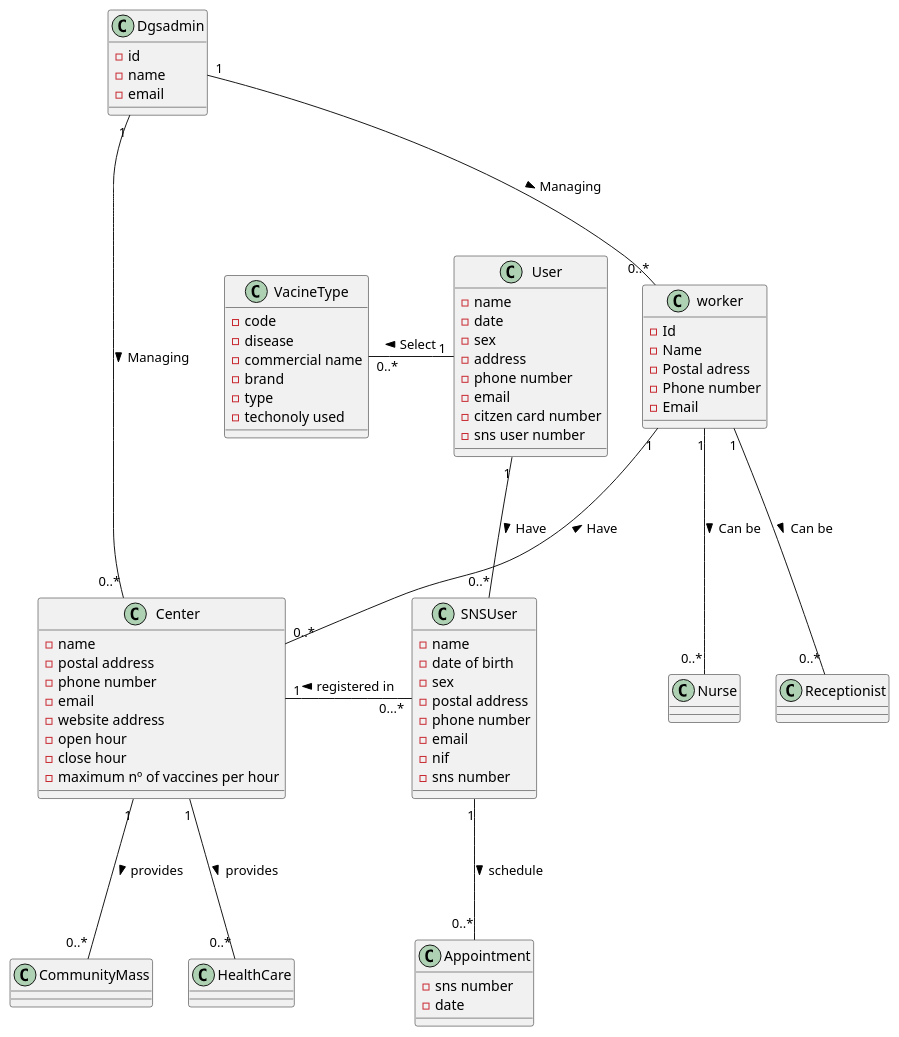
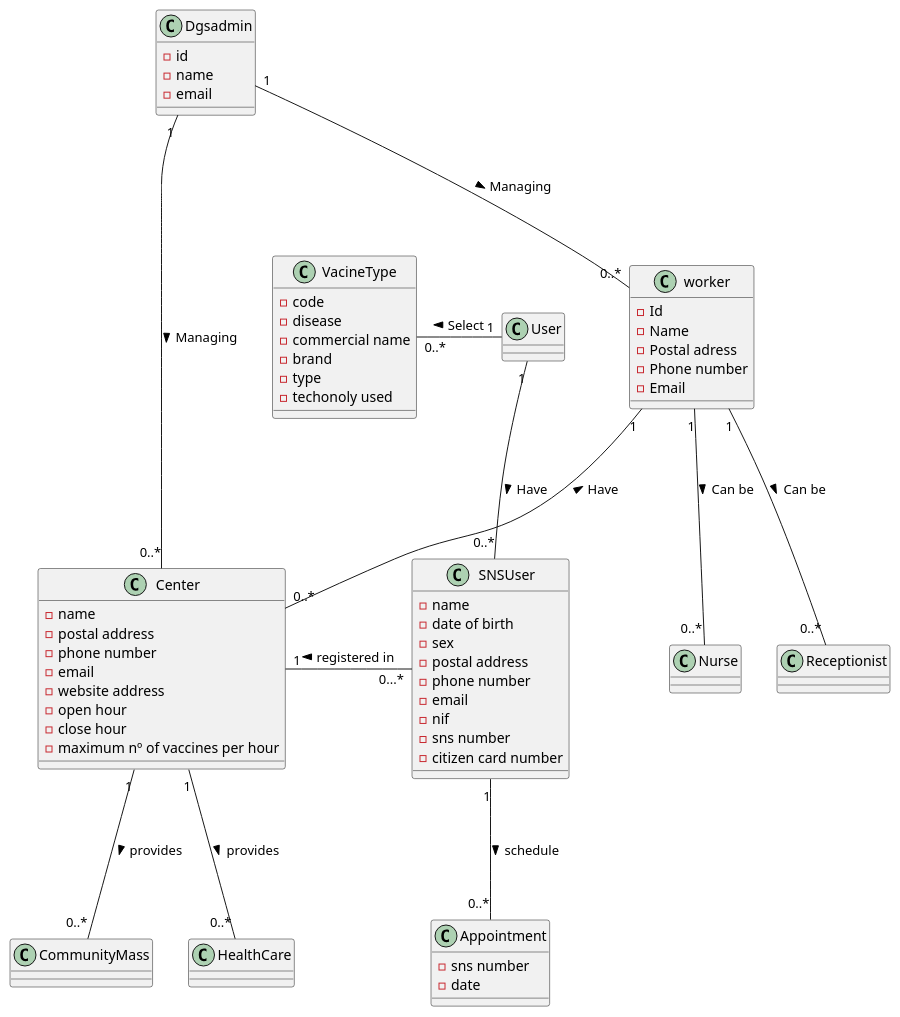
Before and after one commit to goncalomaia18/leti-esoft-25-26-C3: the diagram in docs/system-documentation/global-artifacts/Modelo Dominio.puml, drawn with PlantUML.

```diff
--- a/docs/system-documentation/global-artifacts/Modelo Dominio.puml
+++ b/docs/system-documentation/global-artifacts/Modelo Dominio.puml
@@ -1,85 +1,76 @@
 @startuml
 
 class worker{
 -Id
 -Name
 -Postal adress
 -Phone number
 -Email
 }
 
 class Nurse{
 }
 
 class Receptionist{
 }
 
-class User{
--name
--date
--sex
--address
--phone number
--email
--citzen card number
--sns user number
-}
 class Appointment{
 -sns number
 -date
 }
 
 class Dgsadmin{
 -id
 -name
 -email
 
 }
 class Center {
 -name
 -postal address
 -phone number
 -email
 -website address
 -open hour
 -close hour
 -maximum nº of vaccines per hour
 }
 
 class CommunityMass{
 
 }
 
 class VacineType{
 -code
 -disease
 -commercial name
 -brand
 -type
 -techonoly used
 }
 
 class SNSUser{
 -name
 -date of birth
 -sex
 -postal address
 -phone number
 -email
 -nif
 -sns number
+-citizen card number
 }
 SNSUser"0...*" -left-- "1" Center:  registered in >
 Center "1" --- "0..*" HealthCare:  provides >
 Center "1" --- "0..*" CommunityMass:  provides >
 worker "1" --- "0..*" Nurse: Can be >
 worker "1" --- "0..*" Receptionist: Can be >
 User "1" --- "0..*" SNSUser: Have >
 worker "1" --- "0..*" Center: Have <
 SNSUser "1" --- "0..*" Appointment: schedule >
 User "1" -left-- "0..*" VacineType: Select >
 Dgsadmin "1" --- "0..*" Center: Managing >
 Dgsadmin "1" --- "0..*" worker: Managing >
 
 
 @enduml
```
